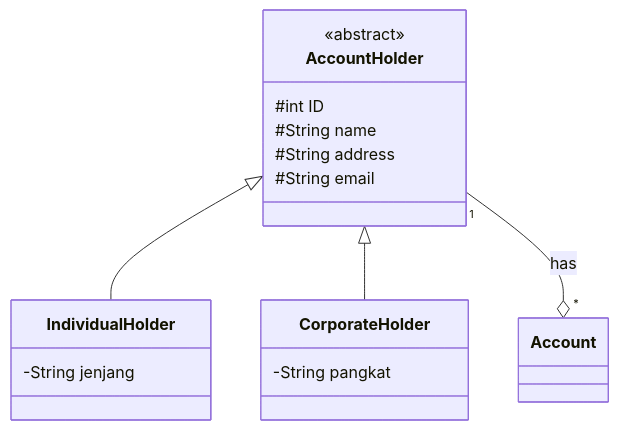
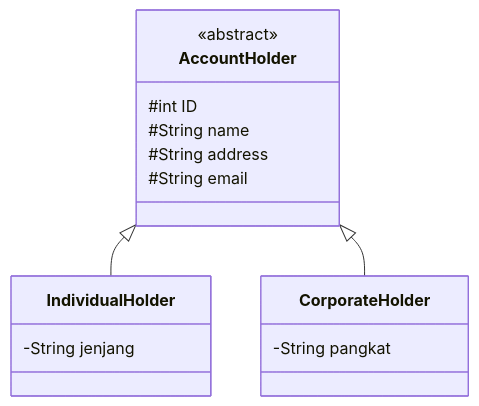
The first of 2 diagrams in README.md (ryecries/Project), drawn with Mermaid before and after one commit. The commit also changed other lines of this file, not shown here.

````diff
--- a/README.md
+++ b/README.md
@@ -23,22 +23,21 @@
 ```mermaid
 classDiagram
     AccountHolder <|-- IndividualHolder
     AccountHolder <|-- CorporateHolder
-    AccountHolder "1"--o"*" Account : has
 
     class AccountHolder{
     <<abstract>>
     #int ID
     #String name
     #String address
     #String email
     }
     class IndividualHolder{
      -String jenjang
     }
     class CorporateHolder{
      -String pangkat
     }
     
 
 ```
````
